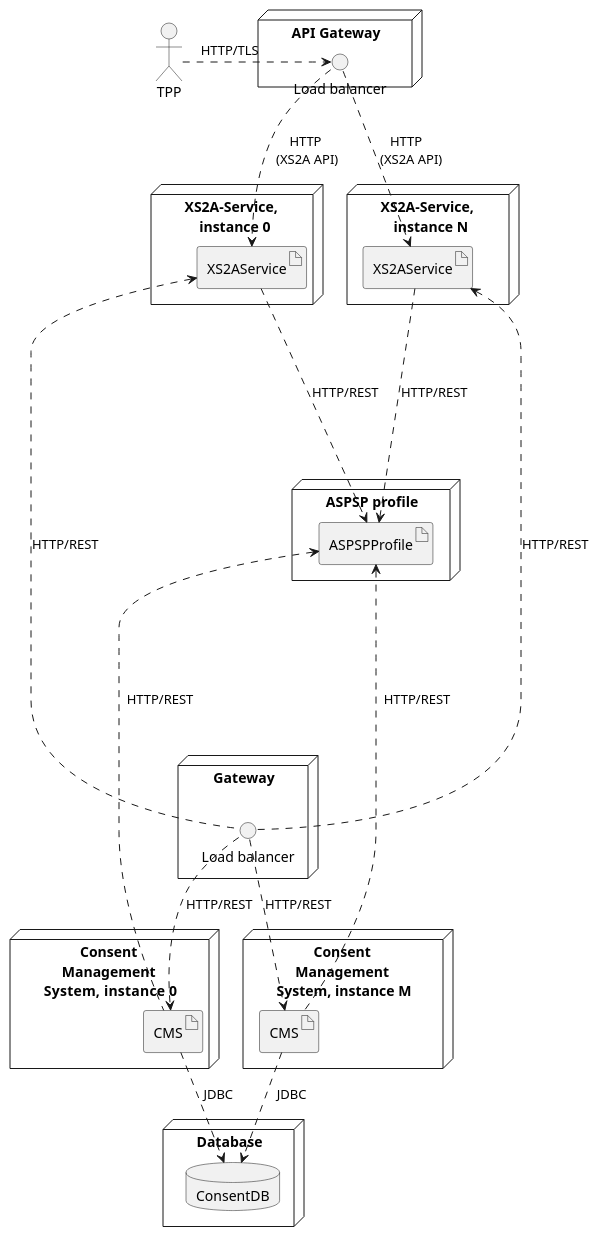
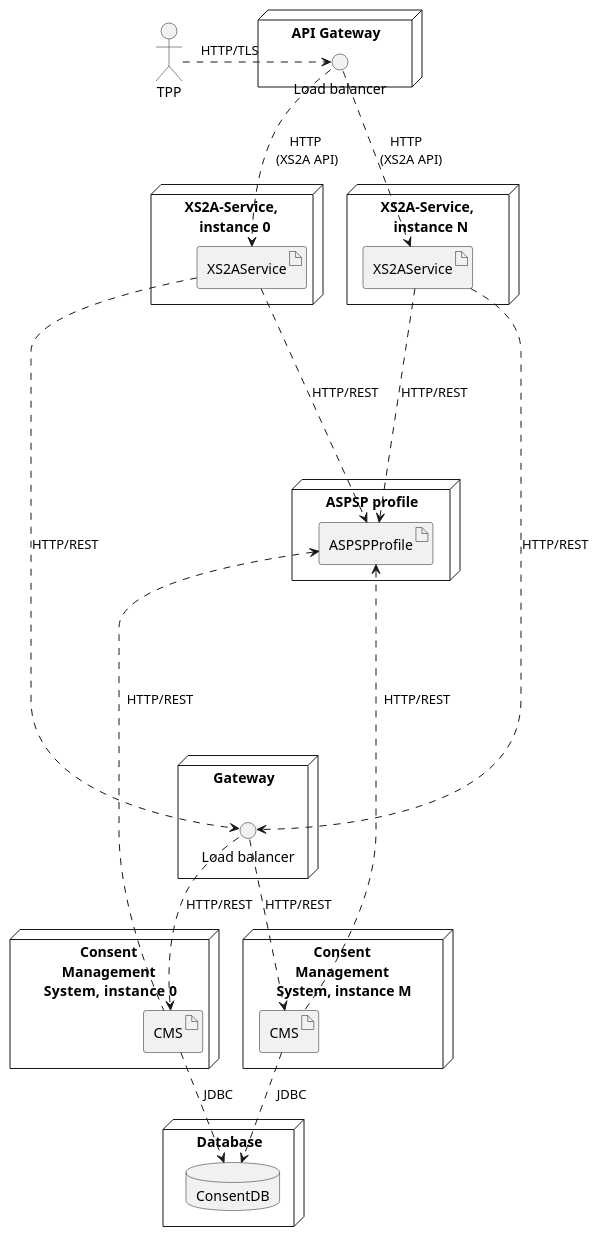
The diagram in doc/architecture/diagrams/07_multiinstance_single_aspsp_and_multi_cms_deployment.puml (adorsys/xs2a), drawn with PlantUML before and after one commit. The commit also changed 1 other file, not shown here.

Commit message:
diagrams arrows fix

```diff
--- a/doc/architecture/diagrams/07_multiinstance_single_aspsp_and_multi_cms_deployment.puml
+++ b/doc/architecture/diagrams/07_multiinstance_single_aspsp_and_multi_cms_deployment.puml
@@ -1,56 +1,56 @@
 @startuml
 
 actor TPP
 
 node "API Gateway" as node_gw {
     interface "Load balancer" as lb_0
 }
 
 TPP .> lb_0: "HTTP/TLS                "
 
 node "ASPSP profile" {
     artifact ASPSPProfile
 }
 
 node "XS2A-Service, \n instance N" {
     artifact XS2AService as xs2a_0
 
 lb_0 .> xs2a_0 : "HTTP         \n(XS2A API)      "
 xs2a_0 ....> ASPSPProfile: "HTTP/REST"
 }
 
 node "XS2A-Service, \n instance 0" {
     artifact XS2AService as xs2a_1
 
 lb_0 ..> xs2a_1 : "HTTP       \n(XS2A API)      "
 xs2a_1 ....> ASPSPProfile: "HTTP/REST"
 }
 
 node "Gateway" as balancer {
     interface "Load balancer" as lb_1
 }
 
 node "Consent \nManagement \nSystem, instance M" {
     artifact CMS as cms_0
 }
 
 node "Consent \nManagement \nSystem, instance  0" {
     artifact CMS as cms_1
 }
 
 node Database {
     database ConsentDB
 }
 
-xs2a_0 <.. lb_1 : "HTTP/REST"
-xs2a_1 <.. lb_1 : "HTTP/REST"
+xs2a_0 ..> lb_1 : "HTTP/REST"
+xs2a_1 ..> lb_1 : "HTTP/REST"
 ASPSPProfile <..... cms_0 : "  HTTP/REST     "
 ASPSPProfile <..... cms_1 : "  HTTP/REST    "
 
 lb_1 ..> cms_0 : "HTTP/REST"
 lb_1 ..> cms_1 : "HTTP/REST"
 
 cms_0 ..> ConsentDB: "  JDBC  "
 cms_1 ..> ConsentDB: " JDBC      "
 
 @enduml
```
